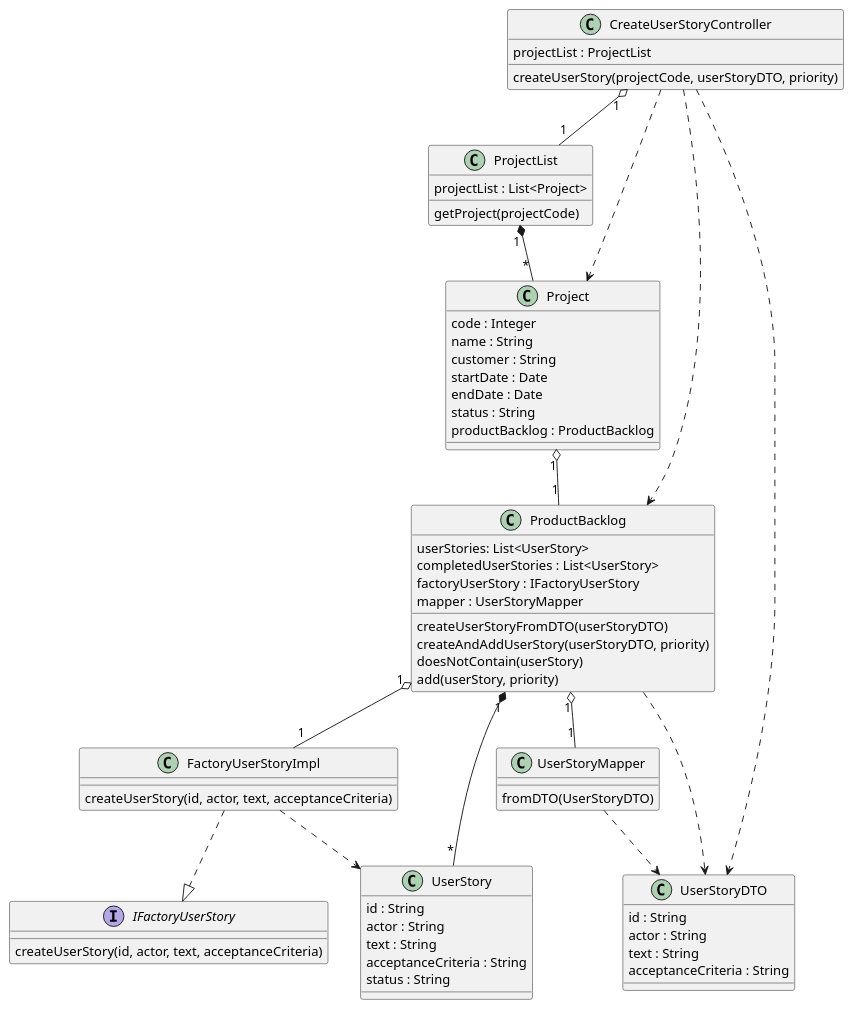
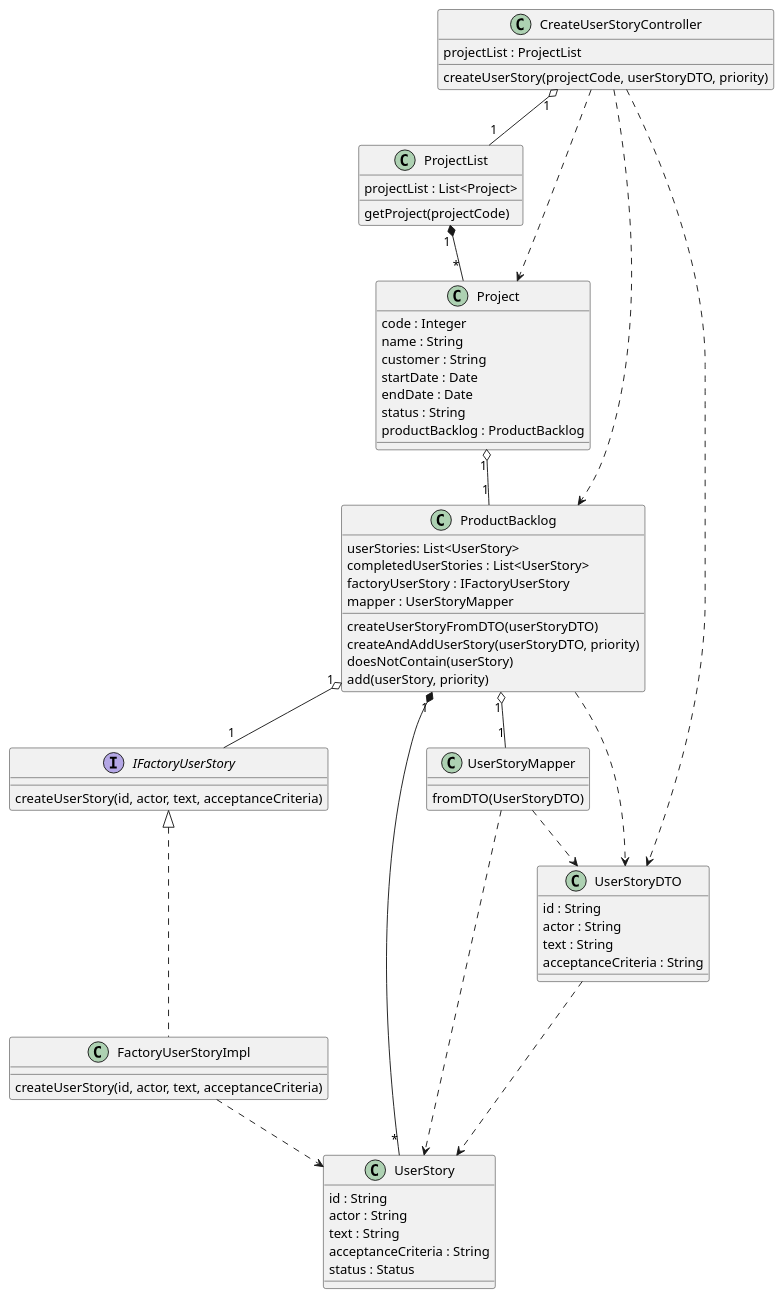
One commit to ivo-menezes/project_g3 changed the diagram in docs/modelling_design/user_stories/us017/US017_CreateUserStoryCD.puml. Above: the diagram before and after it, drawn with PlantUML.

Commit message:
US017: Design: correct class diagram

```diff
--- a/docs/modelling_design/user_stories/us017/US017_CreateUserStoryCD.puml
+++ b/docs/modelling_design/user_stories/us017/US017_CreateUserStoryCD.puml
@@ -1,75 +1,77 @@
 @startuml
 
 class CreateUserStoryController {
 projectList : ProjectList
 createUserStory(projectCode, userStoryDTO, priority)
 }
 
 class ProjectList {
 projectList : List<Project>
 getProject(projectCode)
 }
 
 class Project {
 code : Integer
 name : String
 customer : String
 startDate : Date
 endDate : Date
 status : String
 productBacklog : ProductBacklog
 }
 
 class ProductBacklog {
 userStories: List<UserStory>
 completedUserStories : List<UserStory>
 factoryUserStory : IFactoryUserStory
 mapper : UserStoryMapper
 createUserStoryFromDTO(userStoryDTO)
 createAndAddUserStory(userStoryDTO, priority)
 doesNotContain(userStory)
 add(userStory, priority)
 }
 
 class FactoryUserStoryImpl {
 createUserStory(id, actor, text, acceptanceCriteria)
 }
 
 interface IFactoryUserStory {
 createUserStory(id, actor, text, acceptanceCriteria)
 }
 
 class UserStory {
 id : String
 actor : String
 text : String
 acceptanceCriteria : String
-status : String
+status : Status
 }
 
 class UserStoryMapper {
 fromDTO(UserStoryDTO)
 }
 
 class UserStoryDTO {
 id : String
 actor : String
 text : String
 acceptanceCriteria : String
 }
 
 CreateUserStoryController "1" o-- "1" ProjectList
 CreateUserStoryController ..> UserStoryDTO
 CreateUserStoryController ..> Project
 CreateUserStoryController ..> ProductBacklog
 ProductBacklog ..> UserStoryDTO
 ProjectList "      1" *-- "                    *" Project
 Project "1" o-- "1" ProductBacklog
 ProductBacklog "1" *-- "*" UserStory
 ProductBacklog "1" o-- "1" UserStoryMapper
 UserStoryMapper ..> UserStoryDTO
-FactoryUserStoryImpl  ..|> IFactoryUserStory
-ProductBacklog "1" o-- "1" FactoryUserStoryImpl
+UserStoryDTO ..> UserStory
+UserStoryMapper ..> UserStory
+FactoryUserStoryImpl -up..|> IFactoryUserStory
+ProductBacklog "1" o-- "1" IFactoryUserStory
 FactoryUserStoryImpl ..> UserStory
 
 @enduml
```
